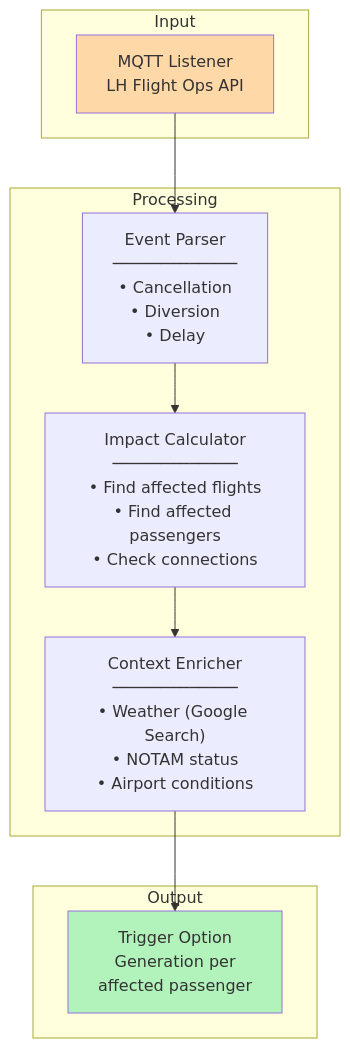
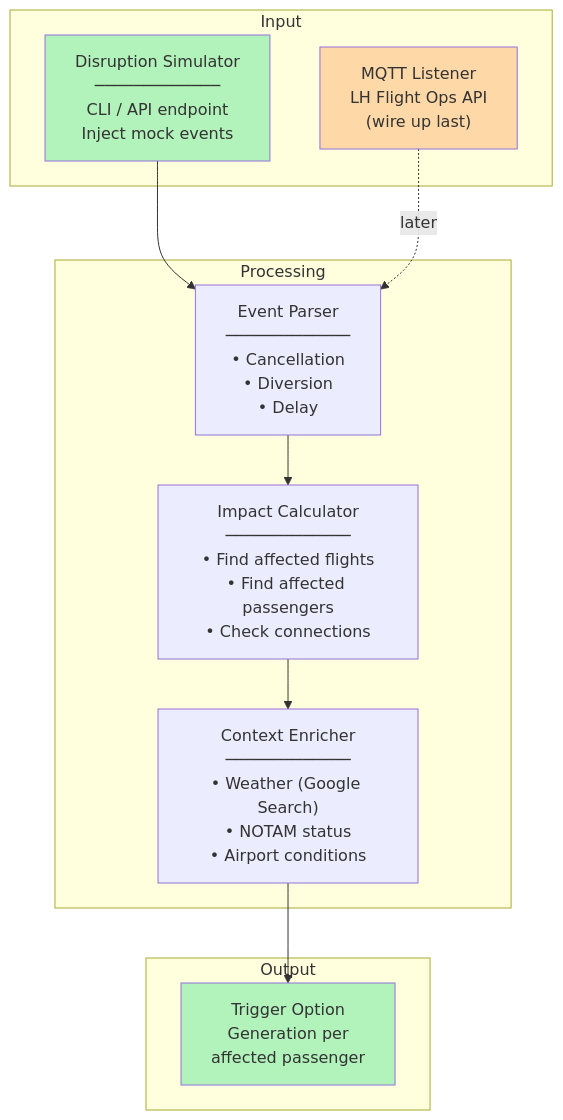
Before and after one commit to sussdorff/soft-landing: the fourth of 12 diagrams in docs/architecture.md, drawn with Mermaid. The commit also changed other lines of this file and 2 other files, not shown here.

First line of the commit message:
docs: apply architecture review — parallel roadmap, simplified cascade, simulator-first, gate-agent framing, API contract

````diff
--- a/docs/architecture.md
+++ b/docs/architecture.md
@@ -133,21 +138,25 @@
 ```mermaid
 graph TD
     subgraph Input
-        MQTT["MQTT Listener<br/>LH Flight Ops API"]
+        SIM["Disruption Simulator<br/>─────────────<br/>CLI / API endpoint<br/>Inject mock events"]
+        MQTT["MQTT Listener<br/>LH Flight Ops API<br/>(wire up last)"]
     end
 
     subgraph Processing
         PARSE["Event Parser<br/>─────────────<br/>• Cancellation<br/>• Diversion<br/>• Delay"]
         SCOPE["Impact Calculator<br/>─────────────<br/>• Find affected flights<br/>• Find affected passengers<br/>• Check connections"]
         ENRICH["Context Enricher<br/>─────────────<br/>• Weather (Google Search)<br/>• NOTAM status<br/>• Airport conditions"]
     end
 
     subgraph Output
         TRIGGER["Trigger Option<br/>Generation per<br/>affected passenger"]
     end
 
-    MQTT --> PARSE --> SCOPE --> ENRICH --> TRIGGER
+    SIM --> PARSE
+    MQTT -.->|later| PARSE
+    PARSE --> SCOPE --> ENRICH --> TRIGGER
 
+    style SIM fill:#b2f2bb
     style MQTT fill:#ffd8a8
     style TRIGGER fill:#b2f2bb
 ```
````
